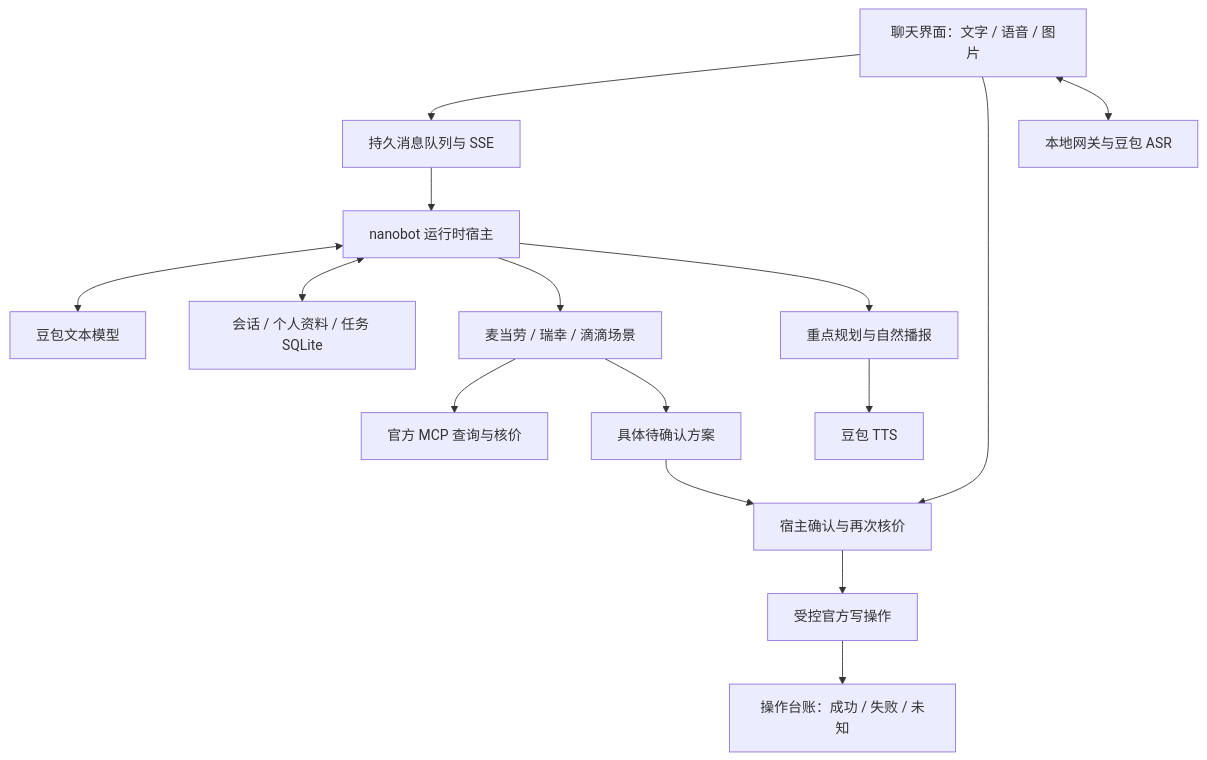
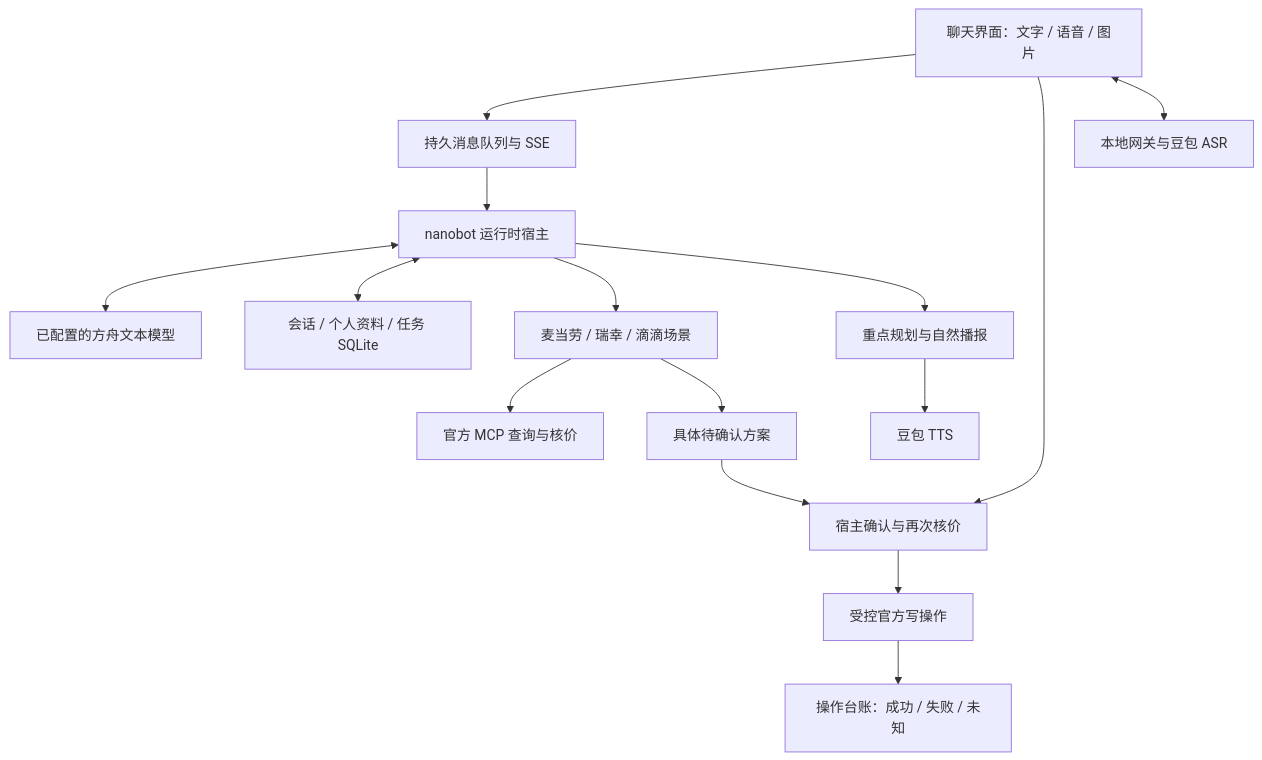
One commit to perry112926-ai/xiaorui changed the diagram in ARCHITECTURE.md. Above: the diagram before and after it, drawn with Mermaid. The commit also changed other lines of this file and 75 other files, not shown here.

````diff
--- a/ARCHITECTURE.md
+++ b/ARCHITECTURE.md
@@ -5,17 +5,17 @@
 ```mermaid
 flowchart TD
   UI[聊天界面：文字 / 语音 / 图片] --> Inbox[持久消息队列与 SSE]
   Inbox --> Host[nanobot 运行时宿主]
-  Host <--> Model[豆包文本模型]
+  Host <--> Model[已配置的方舟文本模型]
   Host <--> State[会话 / 个人资料 / 任务 SQLite]
   Host --> Domains[麦当劳 / 瑞幸 / 滴滴场景]
   Domains --> Query[官方 MCP 查询与核价]
   Domains --> Proposal[具体待确认方案]
   UI --> Confirm[宿主确认与再次核价]
   Proposal --> Confirm
   Confirm --> Execute[受控官方写操作]
   Execute --> Ledger[操作台账：成功 / 失败 / 未知]
   Host --> Speech[重点规划与自然播报]
   Speech --> TTS[豆包 TTS]
   UI <--> ASR[本地网关与豆包 ASR]
 ```
````
